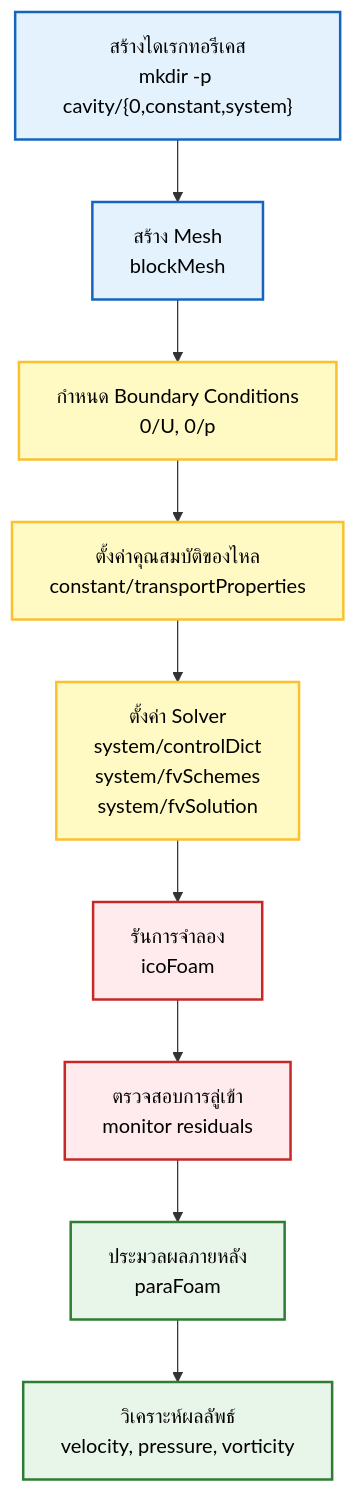
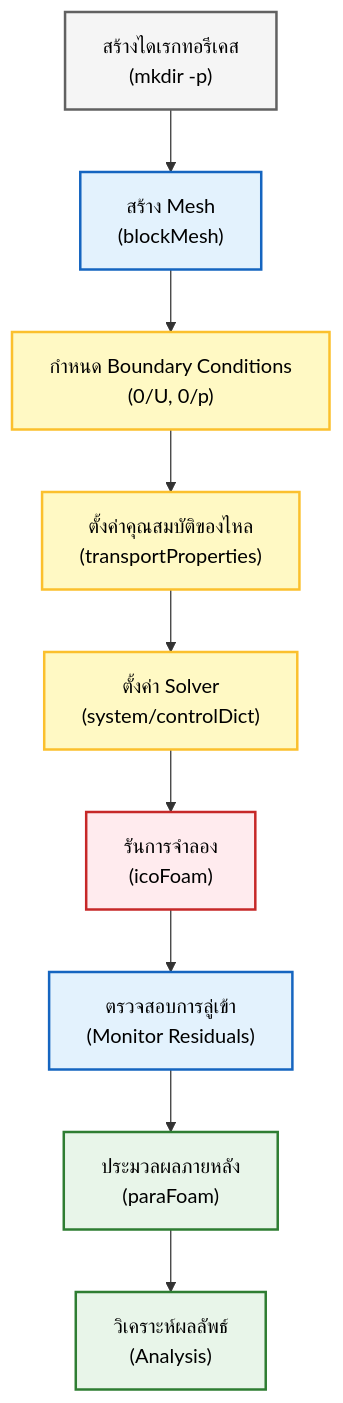
The fifth of 5 diagrams in MODULE_01_CFD_FUNDAMENTALS/CONTENT/04_FIRST_SIMULATION/04_Step-by-Step_Tutorial.md (wramet/build-my-cfd), drawn with Mermaid before and after one commit. The commit also changed other lines of this file and 313 other files, not shown here.

Commit message:
Revise all diagram

````diff
--- a/MODULE_01_CFD_FUNDAMENTALS/CONTENT/04_FIRST_SIMULATION/04_Step-by-Step_Tutorial.md
+++ b/MODULE_01_CFD_FUNDAMENTALS/CONTENT/04_FIRST_SIMULATION/04_Step-by-Step_Tutorial.md
@@ -857,21 +861,17 @@
 ```mermaid
 graph TD
-    A["สร้างไดเรกทอรีเคส<br/>mkdir -p cavity/{0,constant,system}"] --> B["สร้าง Mesh<br/>blockMesh"]
-    B --> C["กำหนด Boundary Conditions<br/>0/U, 0/p"]
-    C --> D["ตั้งค่าคุณสมบัติของไหล<br/>constant/transportProperties"]
-    D --> E["ตั้งค่า Solver<br/>system/controlDict<br/>system/fvSchemes<br/>system/fvSolution"]
-    E --> F["รันการจำลอง<br/>icoFoam"]
-    F --> G["ตรวจสอบการลู่เข้า<br/>monitor residuals"]
-    G --> H["ประมวลผลภายหลัง<br/>paraFoam"]
-    H --> I["วิเคราะห์ผลลัพธ์<br/>velocity, pressure, vorticity"]
+    A["สร้างไดเรกทอรีเคส<br/>(mkdir -p)"]:::context --> B["สร้าง Mesh<br/>(blockMesh)"]:::implicit
+    B --> C["กำหนด Boundary Conditions<br/>(0/U, 0/p)"]:::explicit
+    C --> D["ตั้งค่าคุณสมบัติของไหล<br/>(transportProperties)"]:::explicit
+    D --> E["ตั้งค่า Solver<br/>(system/controlDict)"]:::explicit
+    E --> F["รันการจำลอง<br/>(icoFoam)"]:::volatile
+    F --> G["ตรวจสอบการลู่เข้า<br/>(Monitor Residuals)"]:::implicit
+    G --> H["ประมวลผลภายหลัง<br/>(paraFoam)"]:::success
+    H --> I["วิเคราะห์ผลลัพธ์<br/>(Analysis)"]:::success
 
-    style A fill:#e3f2fd,stroke:#1565c0,stroke-width:2px,color:#000
-    style B fill:#e3f2fd,stroke:#1565c0,stroke-width:2px,color:#000
-    style C fill:#fff9c4,stroke:#fbc02d,stroke-width:2px,color:#000
-    style D fill:#fff9c4,stroke:#fbc02d,stroke-width:2px,color:#000
-    style E fill:#fff9c4,stroke:#fbc02d,stroke-width:2px,color:#000
-    style F fill:#ffebee,stroke:#c62828,stroke-width:2px,color:#000
-    style G fill:#ffebee,stroke:#c62828,stroke-width:2px,color:#000
-    style H fill:#e8f5e9,stroke:#2e7d32,stroke-width:2px,color:#000
-    style I fill:#e8f5e9,stroke:#2e7d32,stroke-width:2px,color:#000
+    classDef context fill:#f5f5f5,stroke:#616161,stroke-width:2px,color:#000;
+    classDef implicit fill:#e3f2fd,stroke:#1565c0,stroke-width:2px,color:#000;
+    classDef explicit fill:#fff9c4,stroke:#fbc02d,stroke-width:2px,color:#000;
+    classDef volatile fill:#ffebee,stroke:#c62828,stroke-width:2px,color:#000;
+    classDef success fill:#e8f5e9,stroke:#2e7d32,stroke-width:2px,color:#000;
 ```
````
